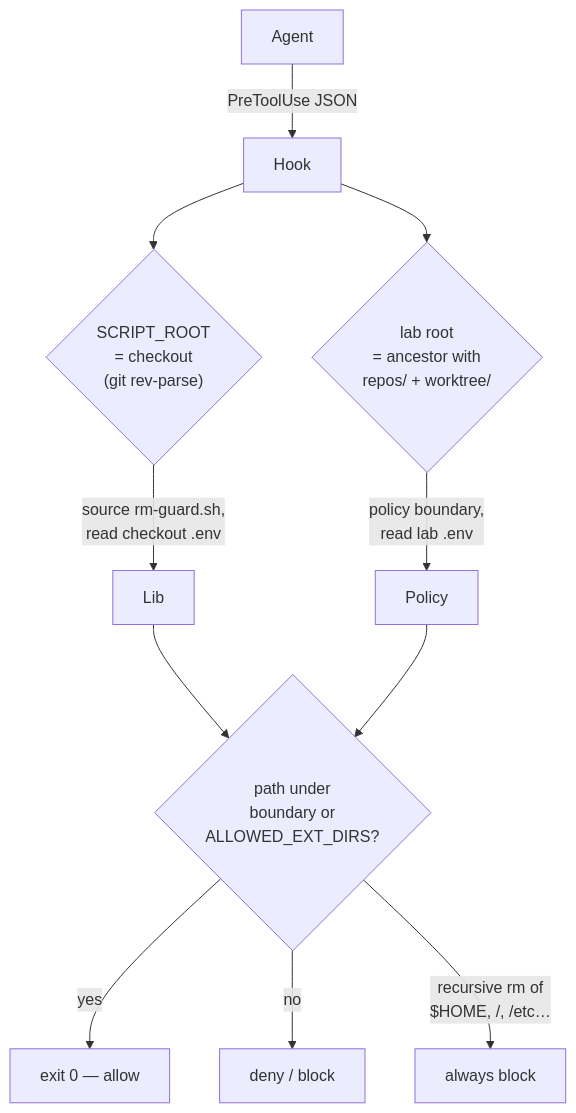
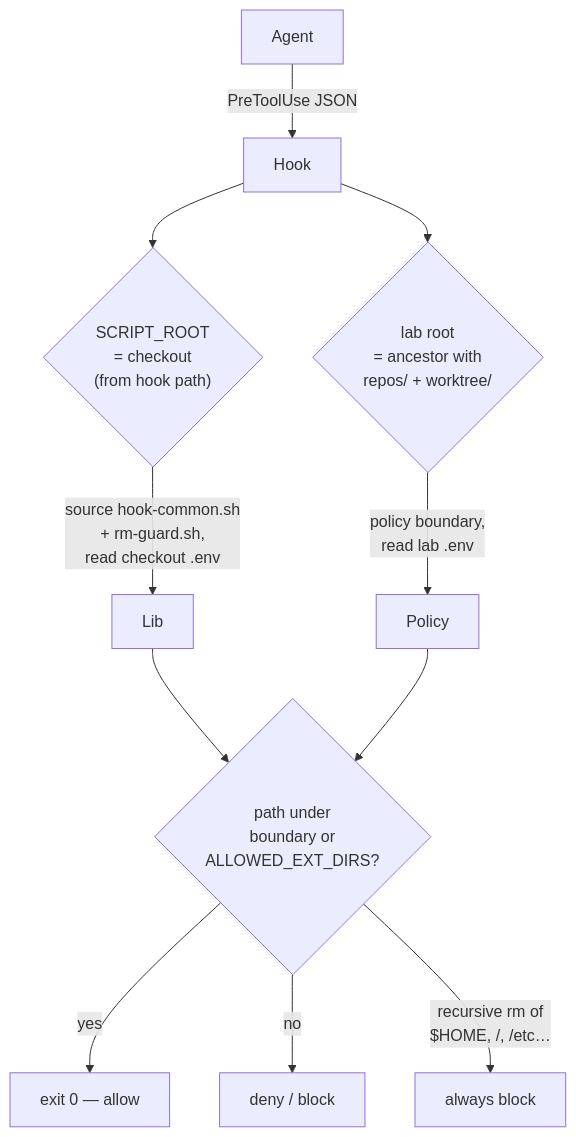
One commit to Nyarducks/Worktreeharness changed the diagram in docs/design/guard-hooks.md. Above: the diagram before and after it, drawn with Mermaid. The commit also changed other lines of this file and 14 other files, not shown here.

First line of the commit message:
refactor(hooks): extract shared hook core into scripts/lib/hook-common.sh

````diff
--- a/docs/design/guard-hooks.md
+++ b/docs/design/guard-hooks.md
@@ -29,13 +32,13 @@
 ```mermaid
 flowchart TD
     Agent -->|PreToolUse JSON| Hook
-    Hook --> R1{"SCRIPT_ROOT<br/>= checkout<br/>(git rev-parse)"}
+    Hook --> R1{"SCRIPT_ROOT<br/>= checkout<br/>(from hook path)"}
     Hook --> R2{"lab root<br/>= ancestor with<br/>repos/ + worktree/"}
-    R1 -->|source rm-guard.sh,<br/>read checkout .env| Lib
+    R1 -->|source hook-common.sh<br/>+ rm-guard.sh,<br/>read checkout .env| Lib
     R2 -->|policy boundary,<br/>read lab .env| Policy
     Lib --> Decision{"path under<br/>boundary or<br/>ALLOWED_EXT_DIRS?"}
     Policy --> Decision
     Decision -->|yes| Allow["exit 0 — allow"]
     Decision -->|no| Deny["deny / block"]
     Decision -->|"recursive rm of<br/>$HOME, /, /etc…"| Block["always block"]
 ```
````
